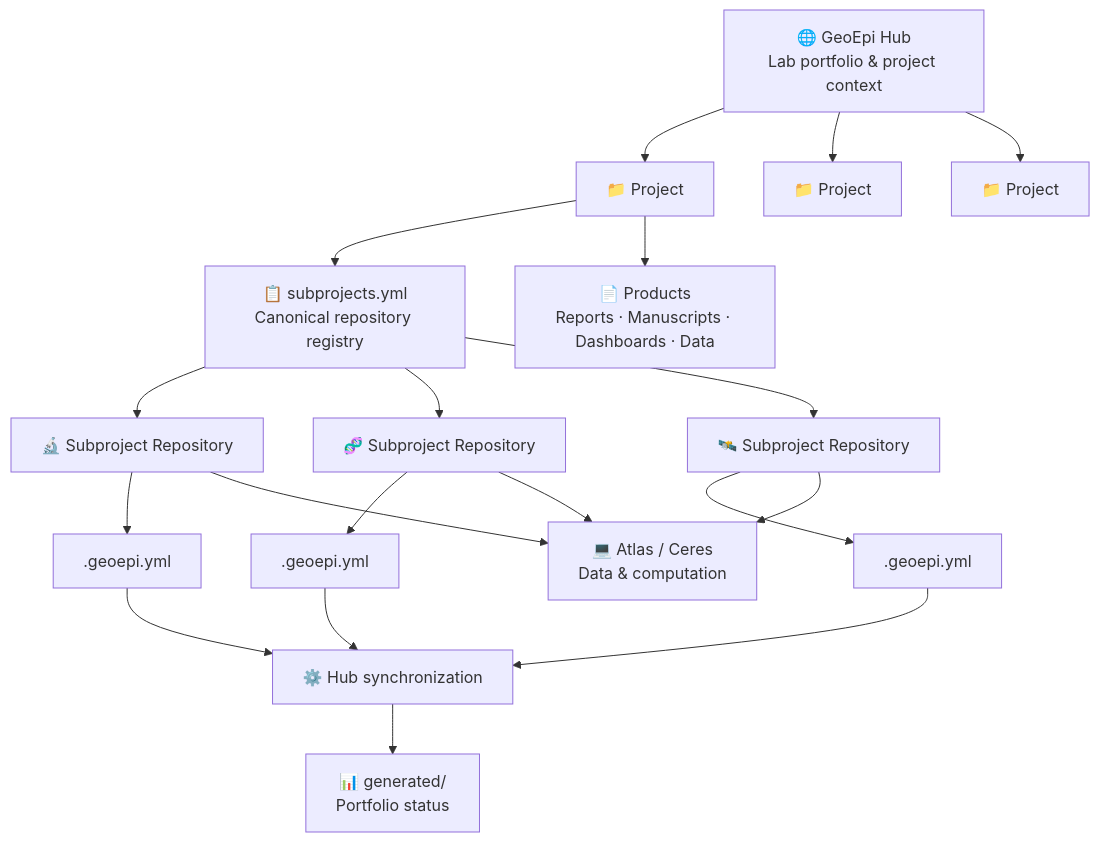
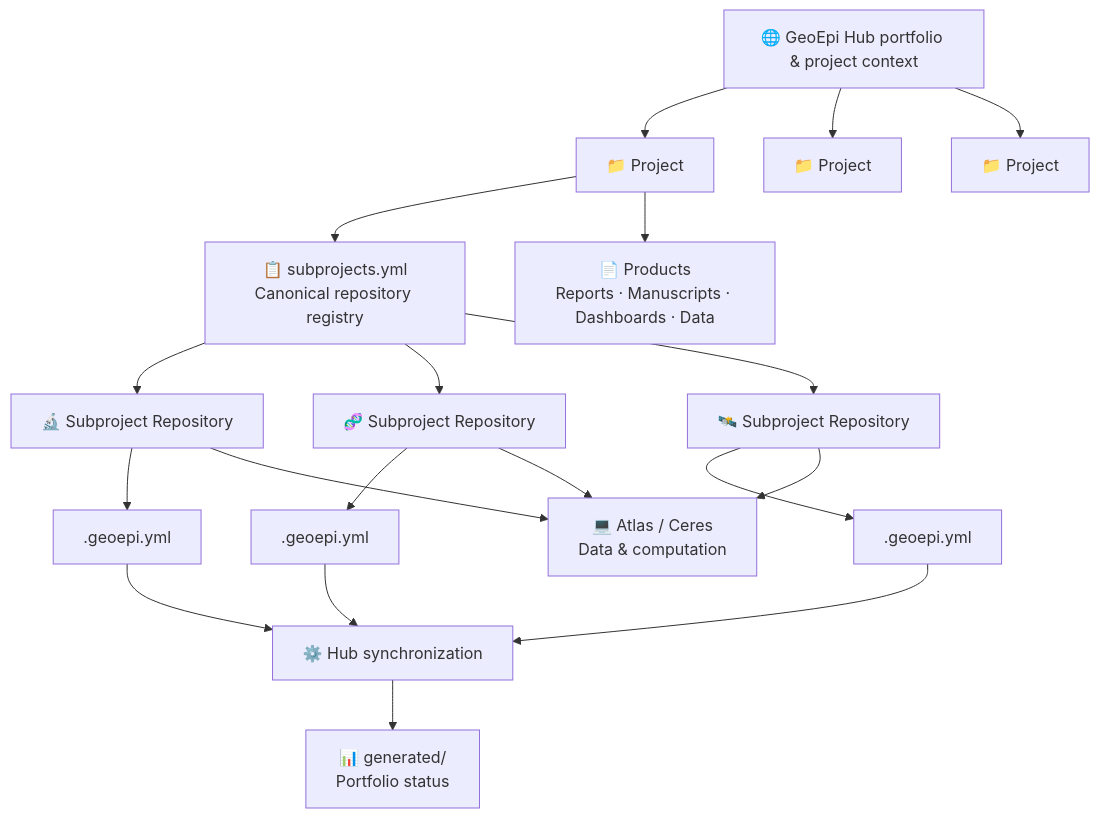
The diagram in README.md (geoepi/geoepi-hub), drawn with Mermaid before and after one commit.

Commit message:
Fix typo in GeoEpi Hub description

````diff
--- a/README.md
+++ b/README.md
@@ -25,30 +25,30 @@
 ```mermaid
 flowchart TD
-    H["🌐 GeoEpi Hub<br/>Lab portfolio & project context"]
+    H["🌐 GeoEpi Hub portfolio & project context"]
 
     H --> P1["📁 Project"]
     H --> P2["📁 Project"]
     H --> P3["📁 Project"]
 
     P1 --> R["📋 subprojects.yml<br/>Canonical repository registry"]
 
     R --> S1["🔬 Subproject Repository"]
     R --> S2["🧬 Subproject Repository"]
     R --> S3["🛰️ Subproject Repository"]
 
     S1 --> M1[".geoepi.yml"]
     S2 --> M2[".geoepi.yml"]
     S3 --> M3[".geoepi.yml"]
 
     M1 --> G["⚙️ Hub synchronization"]
     M2 --> G
     M3 --> G
 
     G --> O["📊 generated/<br/>Portfolio status"]
 
     S1 --> C["💻 Atlas / Ceres<br/>Data & computation"]
     S2 --> C
     S3 --> C
 
     P1 --> D["📄 Products<br/>Reports · Manuscripts · Dashboards · Data"]
 ```
````
